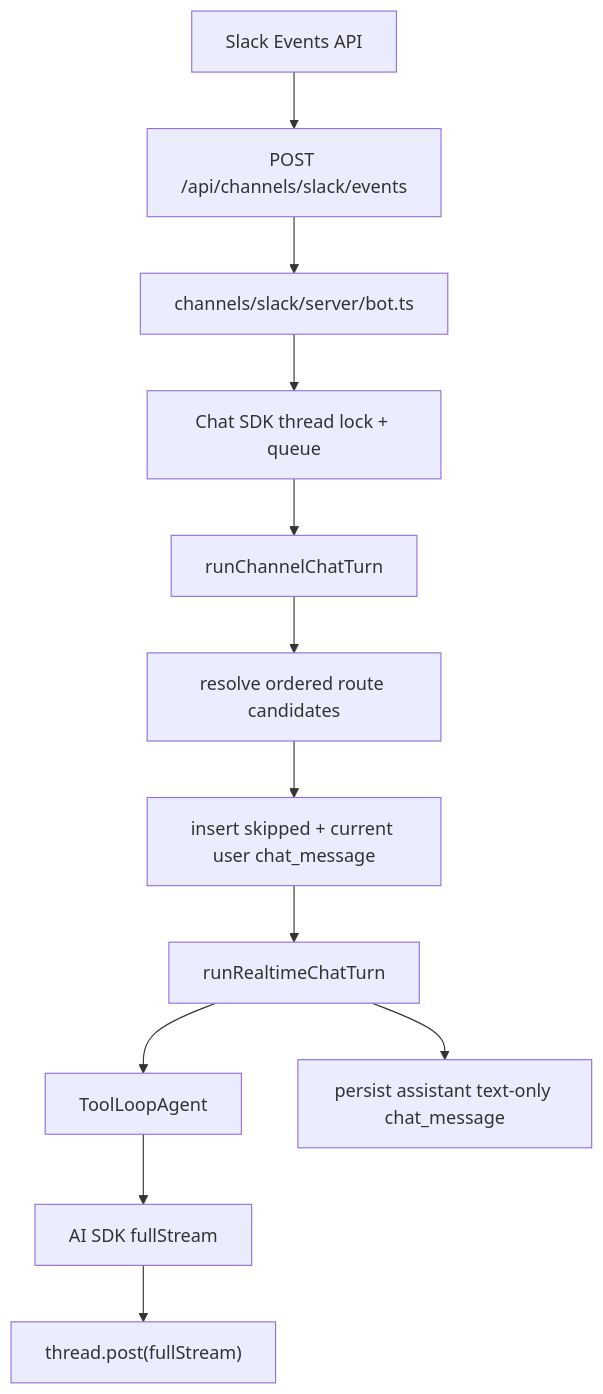
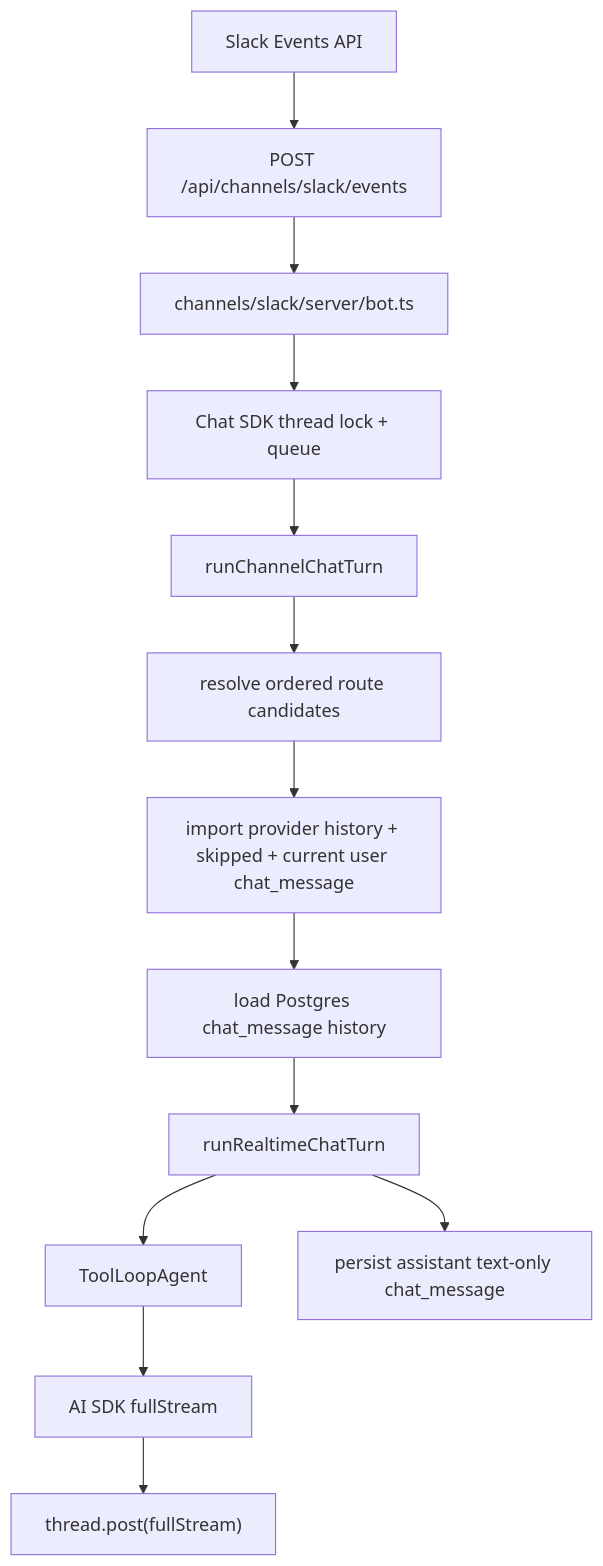
One commit to TommyBez/outname changed the diagram in docs/SLACK_INTEGRATION.md. Above: the diagram before and after it, drawn with Mermaid. The commit also changed other lines of this file and 30 other files, not shown here.

First line of the commit message:
refactor(realtime): canonical channel history and scoped thread identity

````diff
--- a/docs/SLACK_INTEGRATION.md
+++ b/docs/SLACK_INTEGRATION.md
@@ -10,14 +10,15 @@
 ```mermaid
 flowchart TD
   Slack[Slack Events API] --> Route["POST /api/channels/slack/events"]
   Route --> Bot["channels/slack/server/bot.ts"]
   Bot --> ChatSDK["Chat SDK thread lock + queue"]
   ChatSDK --> Dispatch["runChannelChatTurn"]
   Dispatch --> Routing["resolve ordered route candidates"]
-  Routing --> Messages["insert skipped + current user chat_message"]
-  Messages --> Runner["runRealtimeChatTurn"]
+  Routing --> Messages["import provider history + skipped + current user chat_message"]
+  Messages --> Canonical["load Postgres chat_message history"]
+  Canonical --> Runner["runRealtimeChatTurn"]
   Runner --> Agent["ToolLoopAgent"]
   Agent --> Stream["AI SDK fullStream"]
   Stream --> Thread["thread.post(fullStream)"]
   Runner --> Persist["persist assistant text-only chat_message"]
 ```
````
